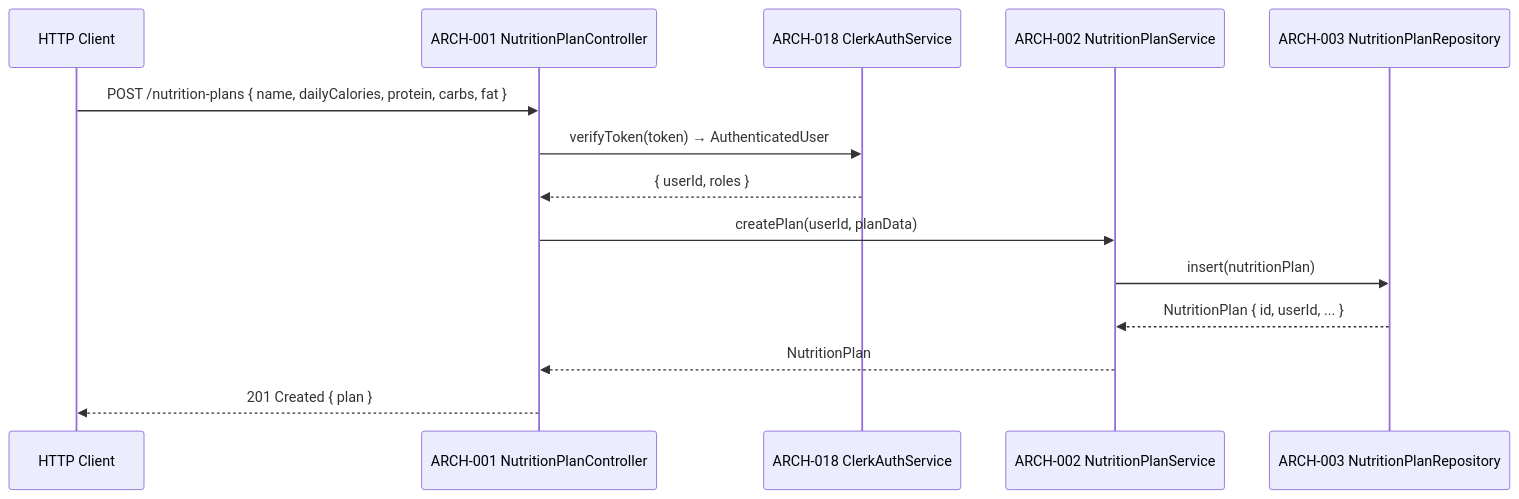
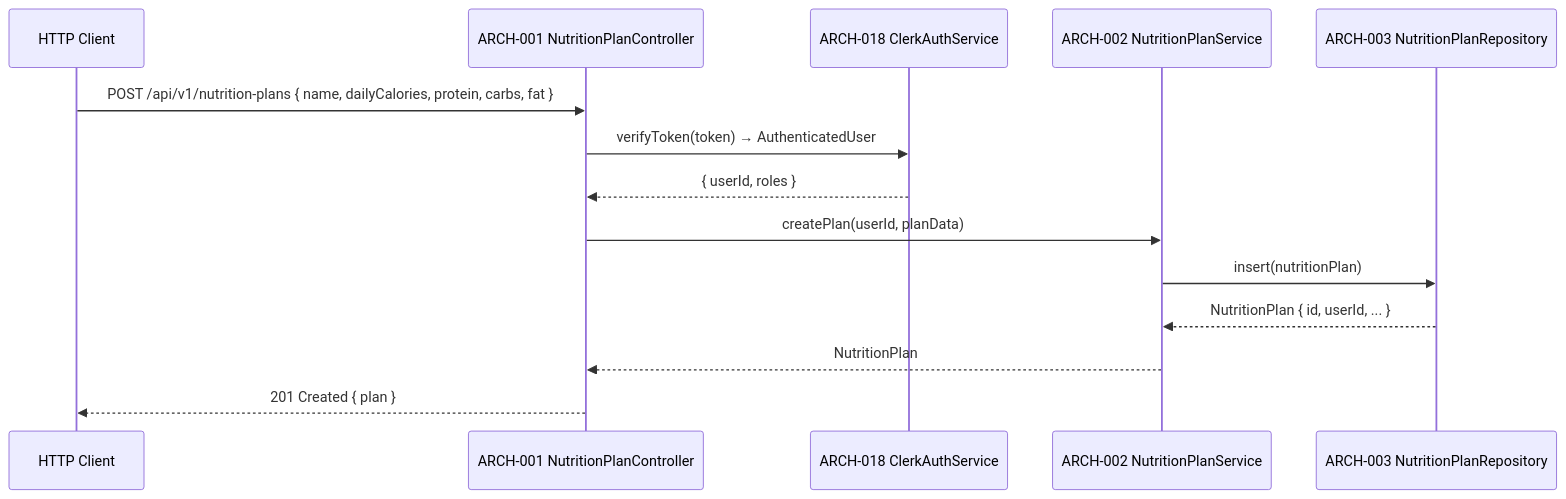
The first of 4 diagrams in specs/009-nutrition-planning/v-model/architecture-design.md (radicle-co/KitchenSink), drawn with Mermaid before and after one commit. The commit also changed other lines of this file and 98 other files, not shown here.

````diff
--- a/specs/009-nutrition-planning/v-model/architecture-design.md
+++ b/specs/009-nutrition-planning/v-model/architecture-design.md
@@ -49,17 +49,17 @@
 ```mermaid
 sequenceDiagram
     participant Client as HTTP Client
     participant C as ARCH-001 NutritionPlanController
     participant Auth as ARCH-018 ClerkAuthService
     participant S as ARCH-002 NutritionPlanService
     participant R as ARCH-003 NutritionPlanRepository
 
-    Client->>C: POST /nutrition-plans { name, dailyCalories, protein, carbs, fat }
+    Client->>C: POST /api/v1/nutrition-plans { name, dailyCalories, protein, carbs, fat }
     C->>Auth: verifyToken(token) → AuthenticatedUser
     Auth-->>C: { userId, roles }
     C->>S: createPlan(userId, planData)
     S->>R: insert(nutritionPlan)
     R-->>S: NutritionPlan { id, userId, ... }
     S-->>C: NutritionPlan
     C-->>Client: 201 Created { plan }
 ```
````
